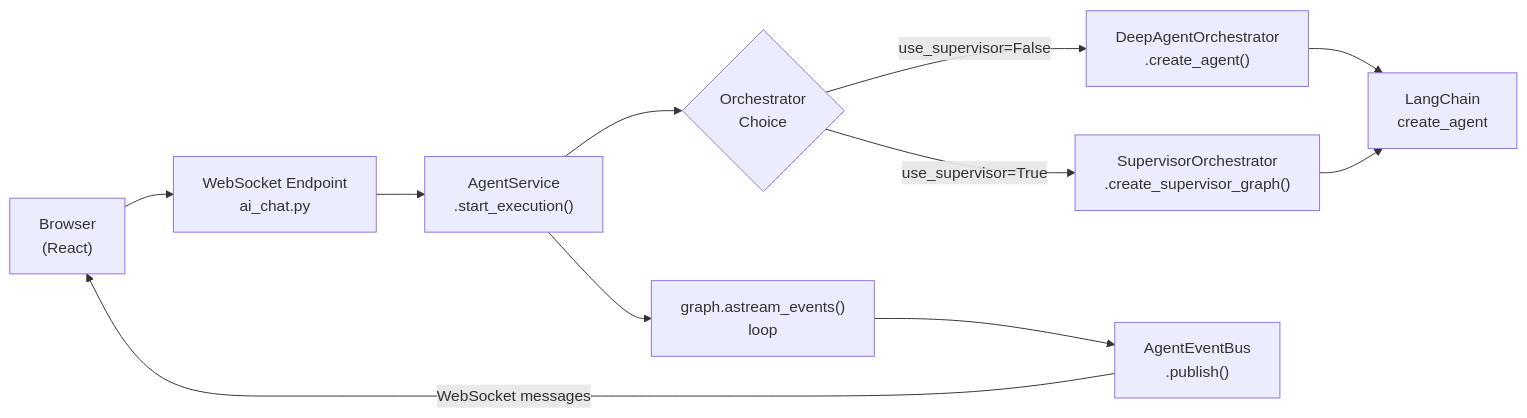
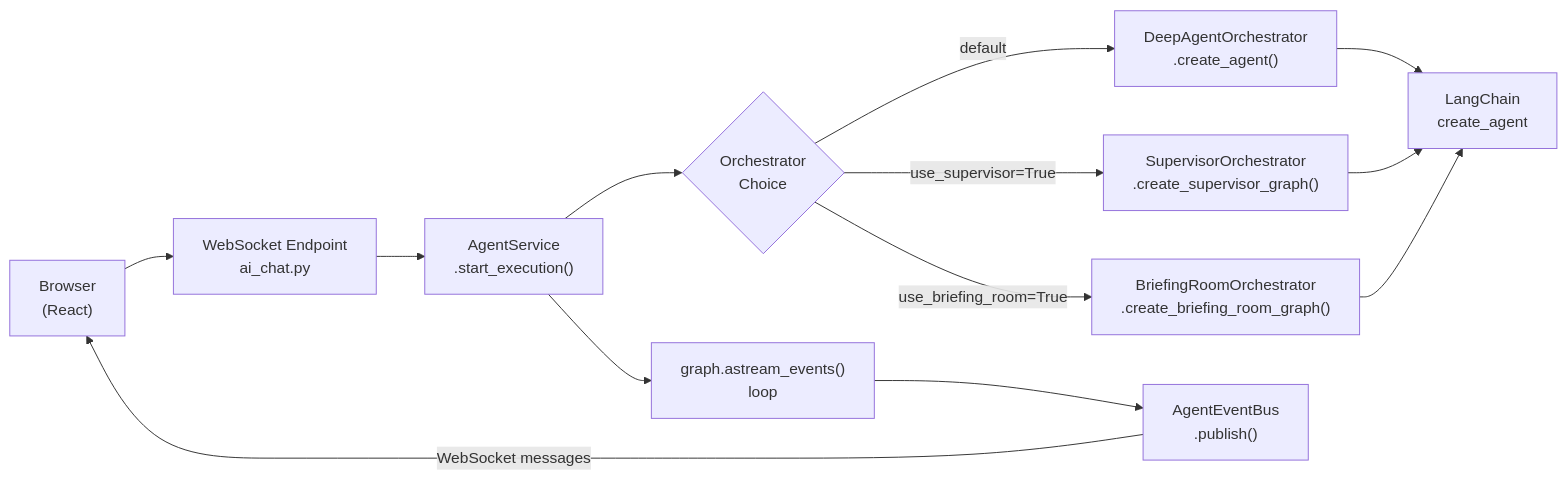
Before and after one commit to ogghst/backcast: the first of 4 diagrams in docs/02-architecture/ai/agent-common-concepts.md, drawn with Mermaid. The commit also changed other lines of this file and 4 other files, not shown here.

First line of the commit message:
docs: add briefing room orchestrator architecture and related docs

````diff
--- a/docs/02-architecture/ai/agent-common-concepts.md
+++ b/docs/02-architecture/ai/agent-common-concepts.md
@@ -29,13 +30,15 @@
 ```mermaid
 flowchart LR
     Browser["Browser\n(React)"] --> WS["WebSocket Endpoint\nai_chat.py"]
     WS --> AS["AgentService\n.start_execution()"]
     AS --> ORC{"Orchestrator\nChoice"}
-    ORC -->|"use_supervisor=False"| DAO["DeepAgentOrchestrator\n.create_agent()"]
+    ORC -->|"use_briefing_room=True"| BRO["BriefingRoomOrchestrator\n.create_briefing_room_graph()"]
     ORC -->|"use_supervisor=True"| SO["SupervisorOrchestrator\n.create_supervisor_graph()"]
+    ORC -->|"default"| DAO["DeepAgentOrchestrator\n.create_agent()"]
     DAO --> LC["LangChain\ncreate_agent"]
     SO --> LC
+    BRO --> LC
     AS --> GAE["graph.astream_events()\nloop"]
     GAE --> AEB["AgentEventBus\n.publish()"]
     AEB -->|WebSocket messages| Browser
 ```
````
